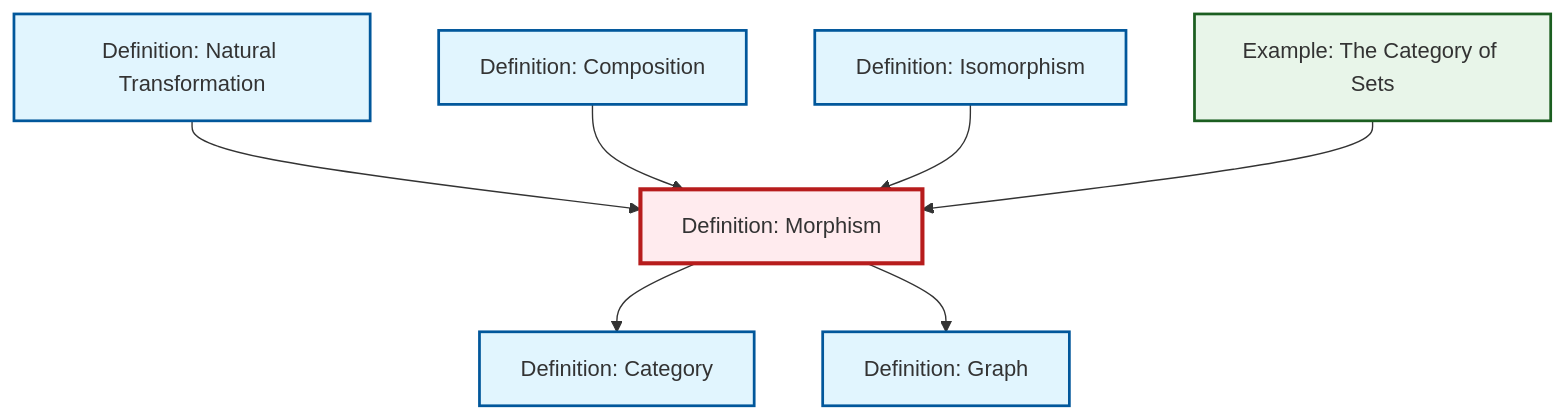
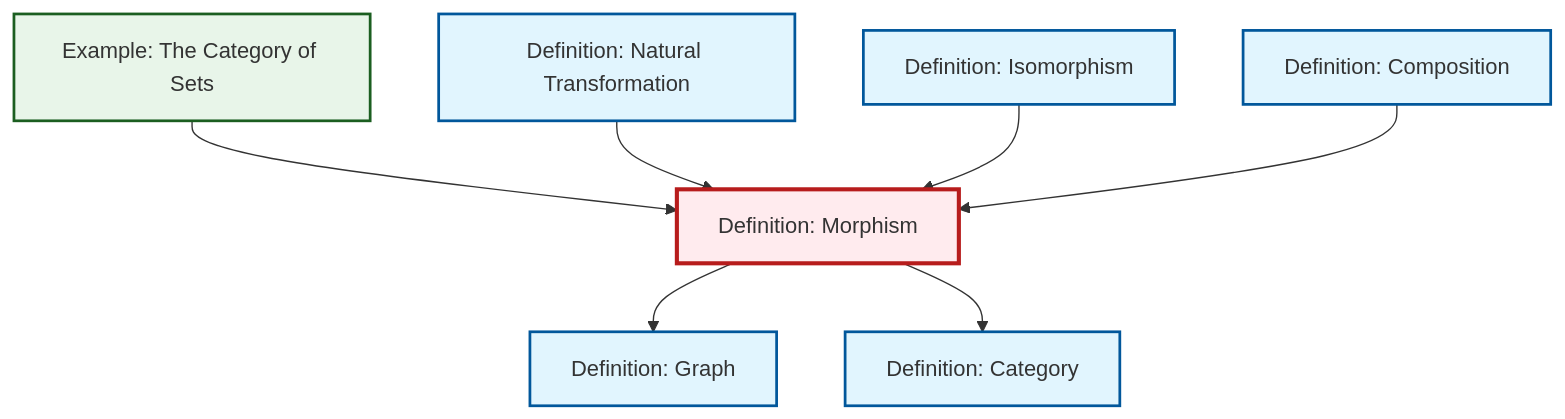
One commit to RK0429/ModernMath changed the diagram in content/ja/category-theory/def-morphism.qmd. Above: the diagram before and after it, drawn with Mermaid. The commit also changed other lines of this file and 22 other files, not shown here.

````diff
--- a/content/ja/category-theory/def-morphism.qmd
+++ b/content/ja/category-theory/def-morphism.qmd
@@ -57,29 +57,29 @@
 ```{mermaid}
 %%| fig-cap: "Local dependency graph"
 graph TD
     classDef definition fill:#e1f5fe,stroke:#01579b,stroke-width:2px
     classDef theorem fill:#f3e5f5,stroke:#4a148c,stroke-width:2px
     classDef axiom fill:#fff3e0,stroke:#e65100,stroke-width:2px
     classDef example fill:#e8f5e9,stroke:#1b5e20,stroke-width:2px
     classDef current fill:#ffebee,stroke:#b71c1c,stroke-width:3px
+    def-graph["Definition: Graph"]:::definition
+    def-category["Definition: Category"]:::definition
+    def-composition["Definition: Composition"]:::definition
+    def-natural-transformation["Definition: Natural Transformation"]:::definition
+    def-morphism["Definition: Morphism"]:::definition
+    def-isomorphism["Definition: Isomorphism"]:::definition
     ex-set-category["Example: The Category of Sets"]:::example
-    def-category["Definition: Category"]:::definition
-    def-natural-transformation["Definition: Natural Transformation"]:::definition
-    def-graph["Definition: Graph"]:::definition
-    def-isomorphism["Definition: Isomorphism"]:::definition
-    def-morphism["Definition: Morphism"]:::definition
-    def-composition["Definition: Composition"]:::definition
-    def-natural-transformation --> def-morphism
-    def-composition --> def-morphism
-    def-isomorphism --> def-morphism
-    def-morphism --> def-category
     def-morphism --> def-graph
     ex-set-category --> def-morphism
+    def-natural-transformation --> def-morphism
+    def-morphism --> def-category
+    def-isomorphism --> def-morphism
+    def-composition --> def-morphism
     class def-morphism current
+    click def-graph "def-graph.html" "Definition: Graphへ"
+    click def-category "def-category.html" "Definition: Categoryへ"
+    click def-composition "def-composition.html" "Definition: Compositionへ"
+    click def-natural-transformation "def-natural-transformation.html" "Definition: Natural Transformationへ"
+    click def-isomorphism "def-isomorphism.html" "Definition: Isomorphismへ"
     click ex-set-category "ex-set-category.html" "Example: The Category of Setsへ"
-    click def-category "def-category.html" "Definition: Categoryへ"
-    click def-natural-transformation "def-natural-transformation.html" "Definition: Natural Transformationへ"
-    click def-graph "def-graph.html" "Definition: Graphへ"
-    click def-isomorphism "def-isomorphism.html" "Definition: Isomorphismへ"
-    click def-composition "def-composition.html" "Definition: Compositionへ"
 ```
````
